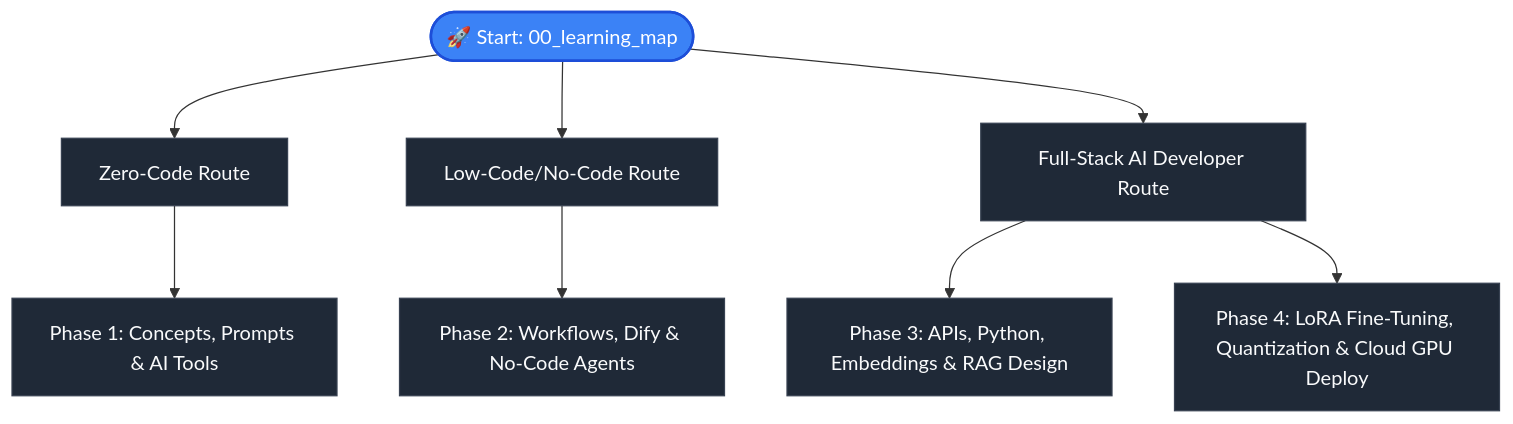
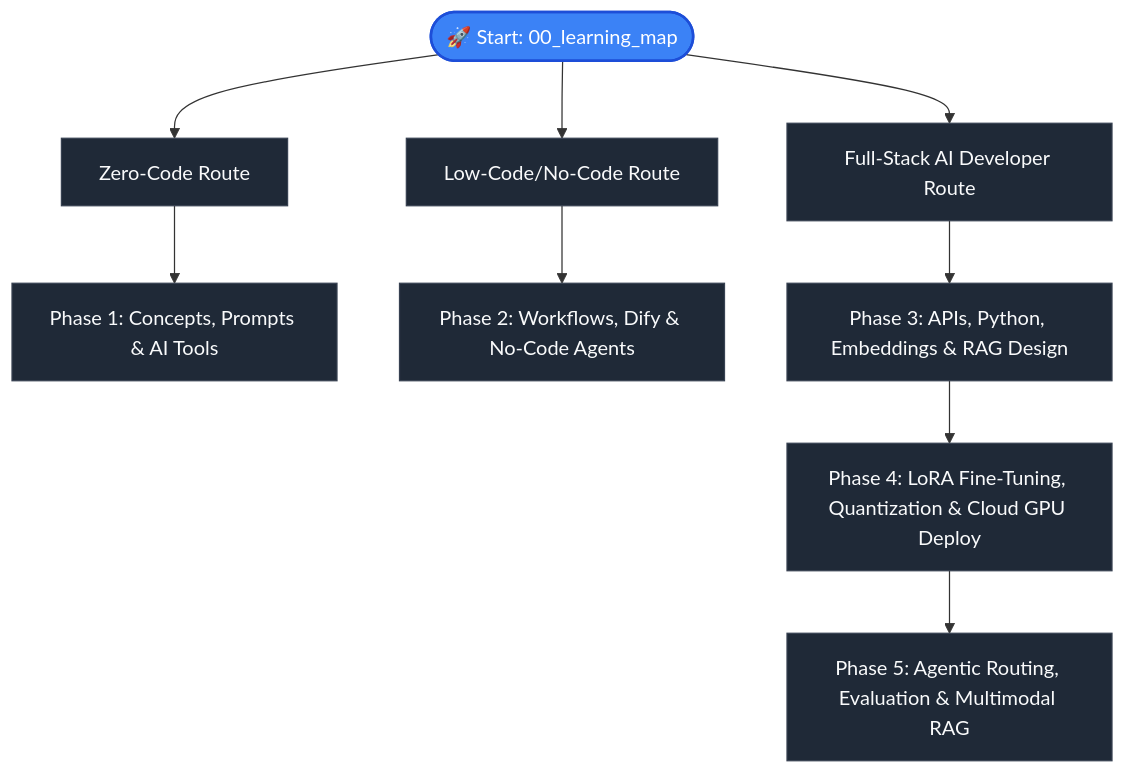
Before and after one commit to Hao610/AI-Model-Atlas: the diagram in docs/CURRICULUM.md, drawn with Mermaid. The commit also changed other lines of this file and 6 other files, not shown here.

Commit message:
feat(rag-app): implement Stage A Tool Routing Layer and PipelineTrace

````diff
--- a/docs/CURRICULUM.md
+++ b/docs/CURRICULUM.md
@@ -13,15 +13,16 @@
 ```mermaid
 flowchart TD
     Start([🚀 Start: 00_learning_map]) --> PathA[Zero-Code Route]
     Start --> PathB[Low-Code/No-Code Route]
     Start --> PathC[Full-Stack AI Developer Route]
     
     PathA --> P1[Phase 1: Concepts, Prompts & AI Tools]
     PathB --> P2[Phase 2: Workflows, Dify & No-Code Agents]
     PathC --> P3[Phase 3: APIs, Python, Embeddings & RAG Design]
-    PathC --> P4[Phase 4: LoRA Fine-Tuning, Quantization & Cloud GPU Deploy]
+    P3 --> P4[Phase 4: LoRA Fine-Tuning, Quantization & Cloud GPU Deploy]
+    P4 --> P5[Phase 5: Agentic Routing, Evaluation & Multimodal RAG]
 
     classDef default fill:#1f2937,stroke:#374151,stroke-width:1px,color:#f9fafb;
     classDef highlight fill:#3b82f6,stroke:#1d4ed8,stroke-width:2px,color:#fff;
     class Start highlight;
 ```
````
